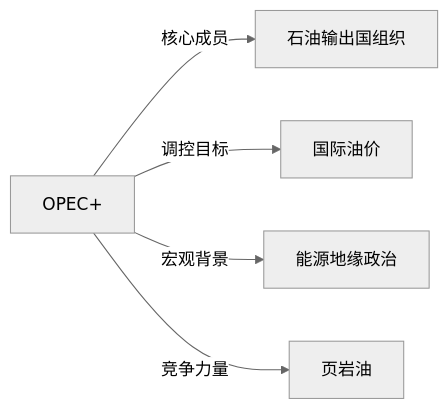
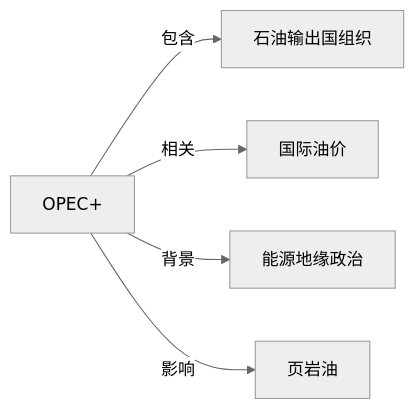
The diagram in Knowledge/Concepts/经济/OPEC+.md (KIMMCHOW/MyKnowledge), drawn with Mermaid (neutral theme) before and after one commit. The commit also changed 95 other files, not shown here.

Commit message:
reorganize: 统一关系图边标签为11类

````diff
--- a/Knowledge/Concepts/经济/OPEC+.md
+++ b/Knowledge/Concepts/经济/OPEC+.md
@@ -43,7 +43,7 @@
 ```mermaid
 graph LR
-OPEC+ -->|核心成员| 石油输出国组织
-OPEC+ -->|调控目标| 国际油价
-OPEC+ -->|宏观背景| 能源地缘政治
-OPEC+ -->|竞争力量| 页岩油
+OPEC+ -->|包含| 石油输出国组织
+OPEC+ -->|相关| 国际油价
+OPEC+ -->|背景| 能源地缘政治
+OPEC+ -->|影响| 页岩油
 ```
````
